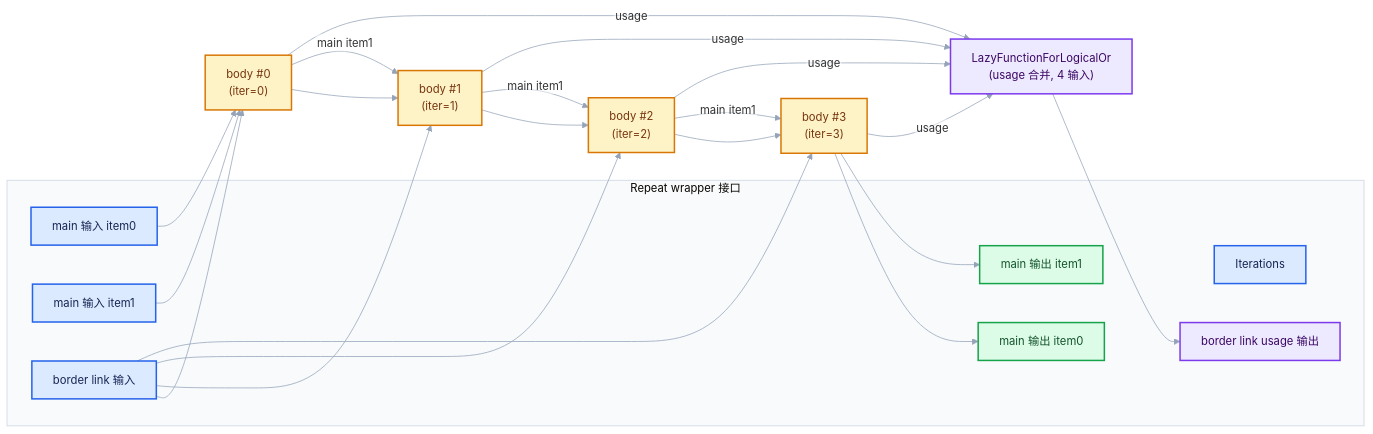
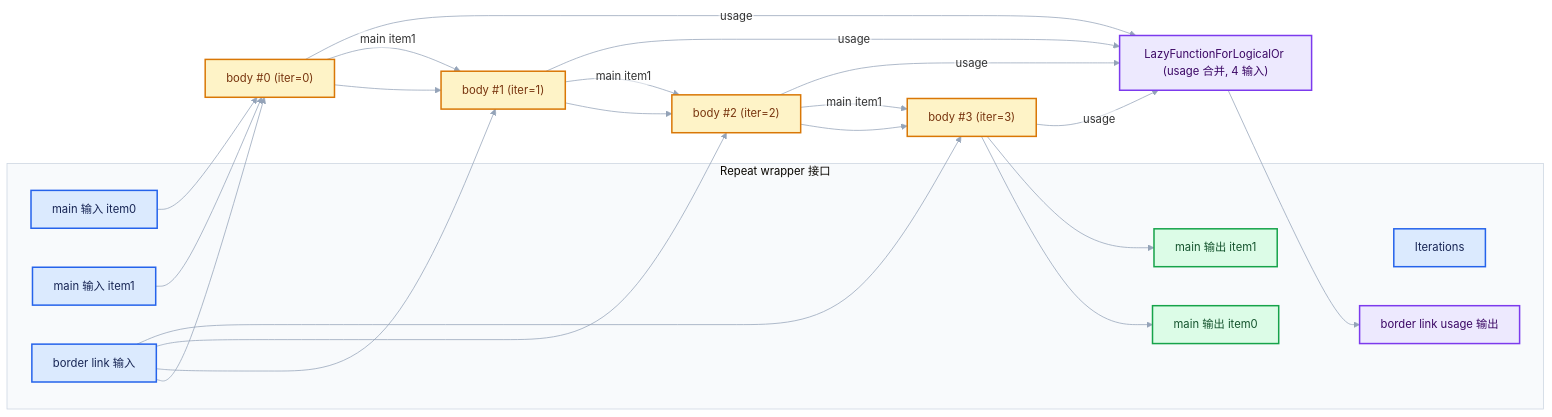
Before and after one commit to yunkezengren/blender-.vscode: the third of 5 diagrams in 杂/markdown/重复区域-dsh/06-实战与性能/02-性能模型与开销分析.md, drawn with Mermaid. The commit also changed other lines of this file and 27 other files, not shown here.

````diff
--- a/杂/markdown/重复区域-dsh/06-实战与性能/02-性能模型与开销分析.md
+++ b/杂/markdown/重复区域-dsh/06-实战与性能/02-性能模型与开销分析.md
@@ -284,36 +199,36 @@
 ```mermaid
 %%{init: {"theme":"base","themeVariables":{"fontFamily":"\"Segoe UI\",\"Microsoft YaHei\",sans-serif","fontSize":"15px","lineColor":"#94A3B8","edgeLabelBackground":"#FFFFFF","clusterBkg":"#F8FAFC","clusterBorder":"#CBD5E1"},"flowchart":{"htmlLabels":false,"curve":"basis","nodeSpacing":52,"rankSpacing":64,"padding":14,"diagramPadding":16,"useMaxWidth":true},"sequence":{"useMaxWidth":true,"wrap":true,"mirrorActors":false,"messageMargin":36}}}%%
 flowchart LR
   subgraph Wrapper["Repeat wrapper 接口"]
     IN0["Iterations"]:::input
     IN1["main 输入 item0"]:::input
     IN2["main 输入 item1"]:::input
     BLI["border link 输入"]:::input
     OU0["main 输出 item0"]:::result
     OU1["main 输出 item1"]:::result
     OUB["border link usage 输出"]:::abstraction
   end
-  B0["body #0<br/>(iter=0)"]:::compute
-  B1["body #1<br/>(iter=1)"]:::compute
-  B2["body #2<br/>(iter=2)"]:::compute
-  B3["body #3<br/>(iter=3)"]:::compute
-  ORN["LazyFunctionForLogicalOr<br/>(usage 合并, 4 输入)"]:::abstraction
+  B0["body #0 (iter=0)"]:::compute
+  B1["body #1 (iter=1)"]:::compute
+  B2["body #2 (iter=2)"]:::compute
+  B3["body #3 (iter=3)"]:::compute
+  ORN["LazyFunctionForLogicalOr (usage 合并, 4 输入)"]:::abstraction
   IN1 --> B0 --> B1 --> B2 --> B3 --> OU0
   IN2 --> B0
   B0 -->|"main item1"| B1 -->|"main item1"| B2 -->|"main item1"| B3 --> OU1
   BLI --> B0
   BLI --> B1
   BLI --> B2
   BLI --> B3
   B0 -->|"usage"| ORN
   B1 -->|"usage"| ORN
   B2 -->|"usage"| ORN
   B3 -->|"usage"| ORN
   ORN --> OUB
   classDef input fill:#DBEAFE,stroke:#2563EB,color:#172554,stroke-width:2px;
   classDef data fill:#CFFAFE,stroke:#0891B2,color:#164E63,stroke-width:2px;
   classDef abstraction fill:#EDE9FE,stroke:#7C3AED,color:#3B0764,stroke-width:2px;
   classDef compute fill:#FEF3C7,stroke:#D97706,color:#78350F,stroke-width:2px;
   classDef result fill:#DCFCE7,stroke:#16A34A,color:#14532D,stroke-width:2px;
   classDef error fill:#FEE2E2,stroke:#DC2626,color:#7F1D1D,stroke-width:2px;
 ```
````
